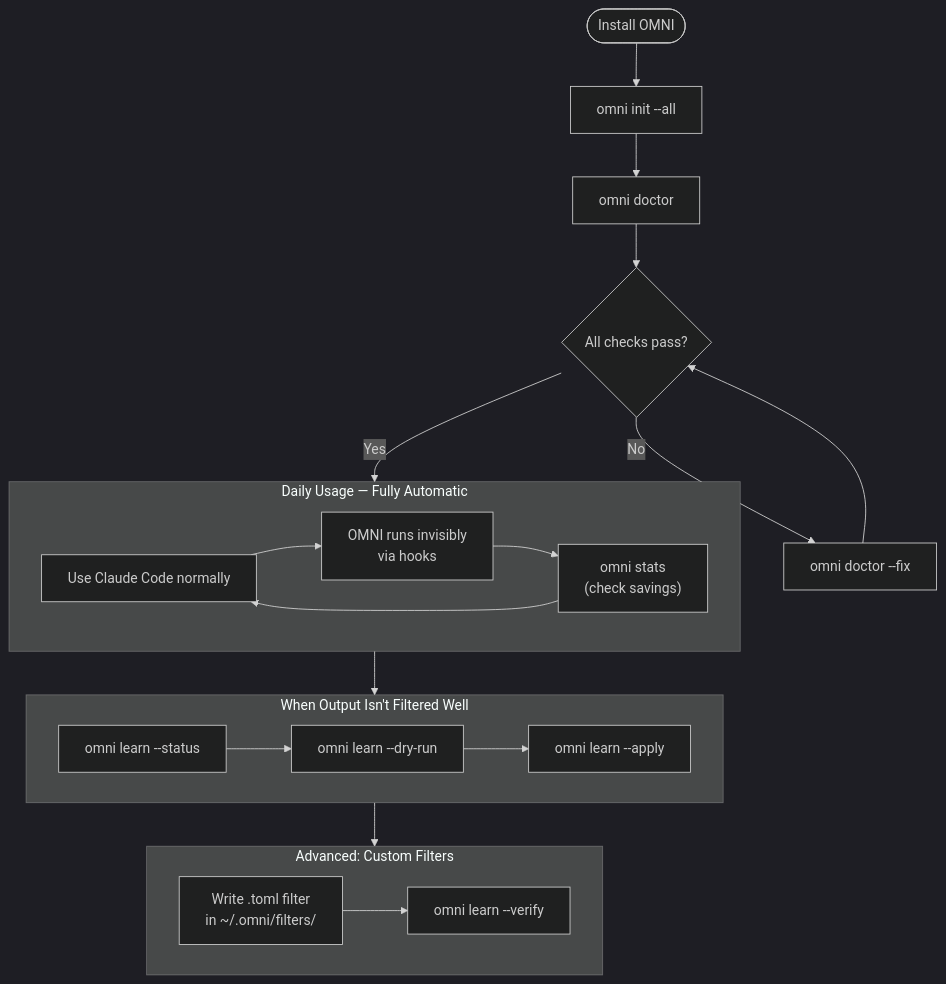
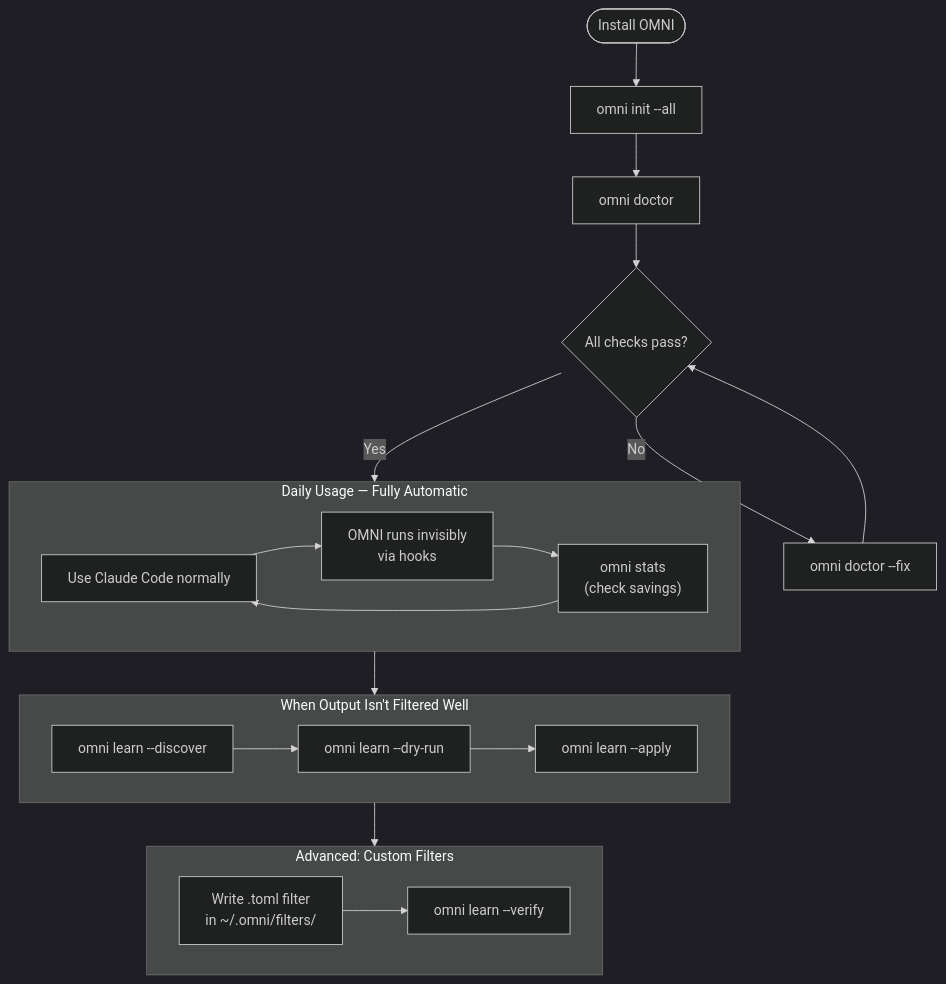
The diagram in docs/HOW_TO_USE.md (fajarhide/omni), drawn with Mermaid (dark theme) before and after one commit. The commit also changed other lines of this file and 1 other file, not shown here.

Commit message:
refactor: rename omni learn --status flag to --discover for better clarity

````diff
--- a/docs/HOW_TO_USE.md
+++ b/docs/HOW_TO_USE.md
@@ -56,28 +56,28 @@
 ```mermaid
 flowchart TD
     Install([Install OMNI]) --> Init["omni init --all"]
     Init --> Doctor["omni doctor"]
     Doctor --> OK{All checks pass?}
     OK -- No --> Fix["omni doctor --fix"]
     Fix --> OK
     OK -- Yes --> Work
 
     subgraph Work [Daily Usage — Fully Automatic]
         UseCC["Use Claude Code normally"] --> Auto["OMNI runs invisibly\nvia hooks"]
         Auto --> Stats["omni stats\n(check savings)"]
         Stats --> UseCC
     end
 
     Work --> Learn
 
     subgraph Learn [When Output Isn't Filtered Well]
-        LearnStatus["omni learn --status"] --> DryRun["omni learn --dry-run"]
+        LearnStatus["omni learn --discover"] --> DryRun["omni learn --dry-run"]
         DryRun --> Apply["omni learn --apply"]
     end
 
     Learn --> Custom
 
     subgraph Custom [Advanced: Custom Filters]
         Write["Write .toml filter\nin ~/.omni/filters/"] --> Verify["omni learn --verify"]
     end
 ```
````
